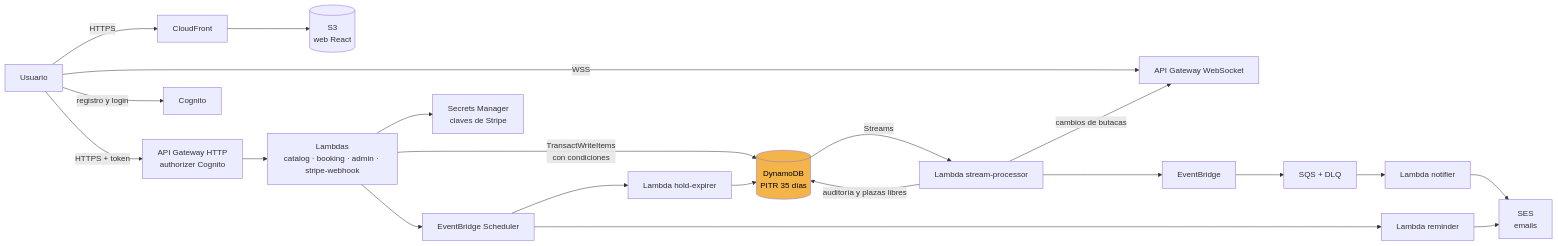
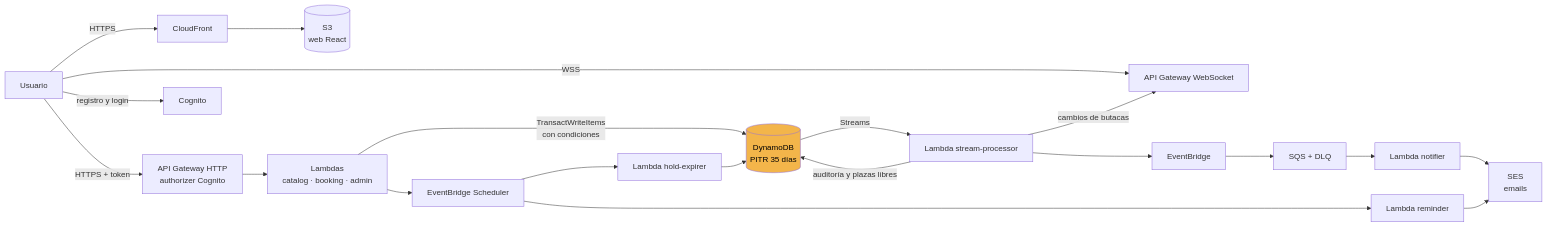
The diagram in README.md (danimdezm/bookslot-cinema), drawn with Mermaid before and after one commit. The commit also changed other lines of this file, not shown here.

Commit message:
docs: update readme after removing stripe

````diff
--- a/README.md
+++ b/README.md
@@ -19,23 +19,21 @@
 ```mermaid
 flowchart LR
   U[Usuario] -->|HTTPS| CF[CloudFront] --> S3[(S3<br/>web React)]
   U -->|HTTPS + token| API[API Gateway HTTP<br/>authorizer Cognito]
   U -->|WSS| WS[API Gateway WebSocket]
   U -->|registro y login| COG[Cognito]
 
-  API --> L[Lambdas<br/>catalog · booking · admin · stripe-webhook]
+  API --> L[Lambdas<br/>catalog · booking · admin]
   L -->|TransactWriteItems<br/>con condiciones| DB[(DynamoDB<br/>PITR 35 días)]
 
   DB -->|Streams| SP[Lambda stream-processor]
   SP -->|auditoría y plazas libres| DB
   SP -->|cambios de butacas| WS
   SP --> EB[EventBridge] --> Q[SQS + DLQ] --> N[Lambda notifier] --> SES[SES<br/>emails]
 
   L --> SCH[EventBridge Scheduler]
   SCH --> HE[Lambda hold-expirer] --> DB
   SCH --> R[Lambda reminder] --> SES
 
-  L --> SM[Secrets Manager<br/>claves de Stripe]
-
   style DB fill:#f3b54a,color:#000
 ```
````
